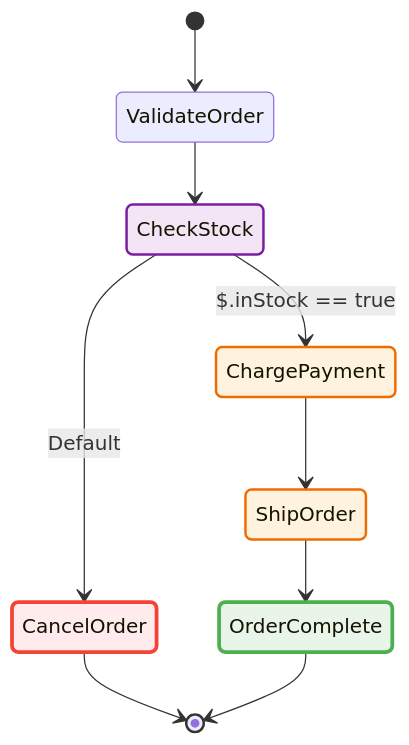
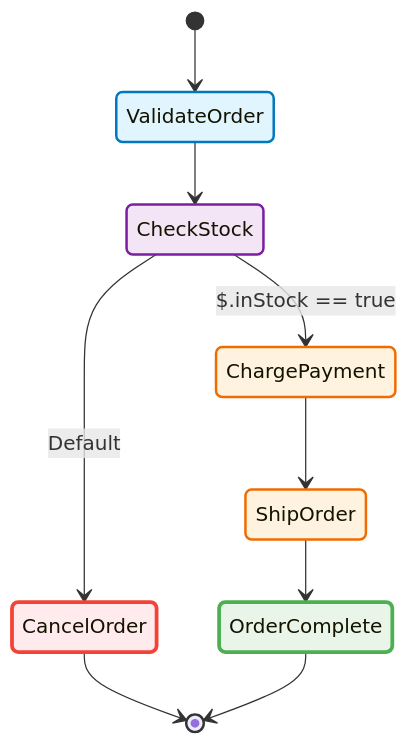
Before and after one commit to yusufaf/sfn-diagram: the diagram in site/src/content/docs/introduction.md, drawn with Mermaid. The commit also changed 9 other files, not shown here.

First line of the commit message:
fix(mermaid): honor the layout and theme options

````diff
--- a/site/src/content/docs/introduction.md
+++ b/site/src/content/docs/introduction.md
@@ -51,24 +51,30 @@
 ```mermaid
 stateDiagram-v2
+    direction TB
 
     [*] --> ValidateOrder
     ValidateOrder --> CheckStock
     CheckStock --> ChargePayment: $.inStock == true
     CheckStock --> CancelOrder: Default
     ChargePayment --> ShipOrder
     ShipOrder --> OrderComplete
 
     CancelOrder --> [*]
     OrderComplete --> [*]
 
     classDef successState fill:#e8f5e8,stroke:#4caf50,stroke-width:3px
     classDef failState fill:#ffebee,stroke:#f44336,stroke-width:3px
     classDef choiceState fill:#f3e5f5,stroke:#7b1fa2,stroke-width:2px
     classDef taskState fill:#fff3e0,stroke:#ef6c00,stroke-width:2px
+    classDef passState fill:#e1f5fe,stroke:#0277bd,stroke-width:2px
+    classDef waitState fill:#e8f5e8,stroke:#388e3c,stroke-width:2px
+    classDef parallelState fill:#fce4ec,stroke:#c2185b,stroke-width:2px
+    classDef mapState fill:#f1f8e9,stroke:#689f38,stroke-width:2px
 
+    class ValidateOrder passState
     class CheckStock choiceState
     class ChargePayment taskState
     class ShipOrder taskState
     class CancelOrder failState
     class OrderComplete successState
 ```
````
